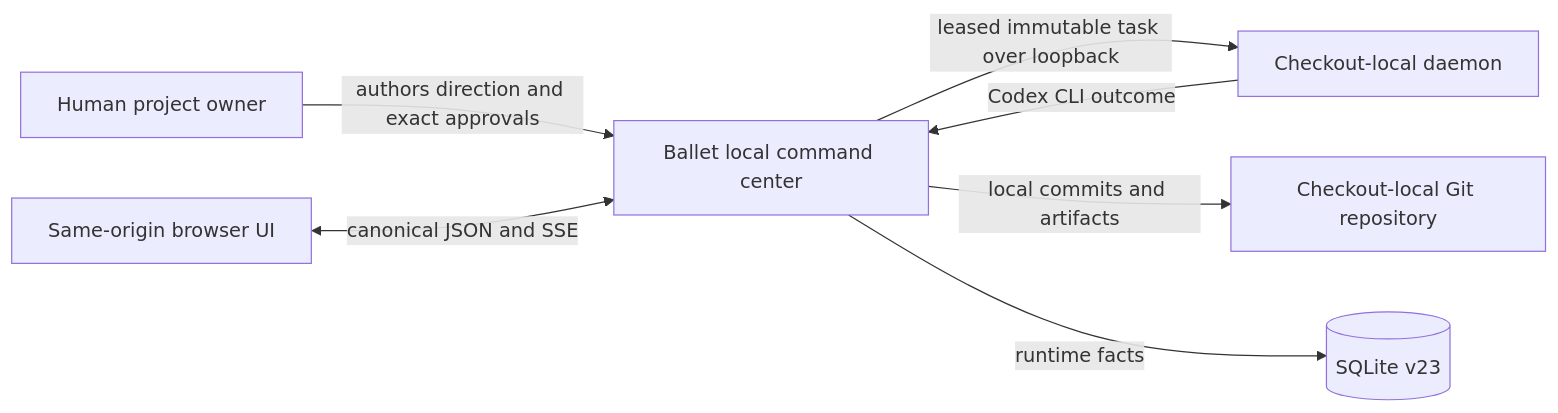
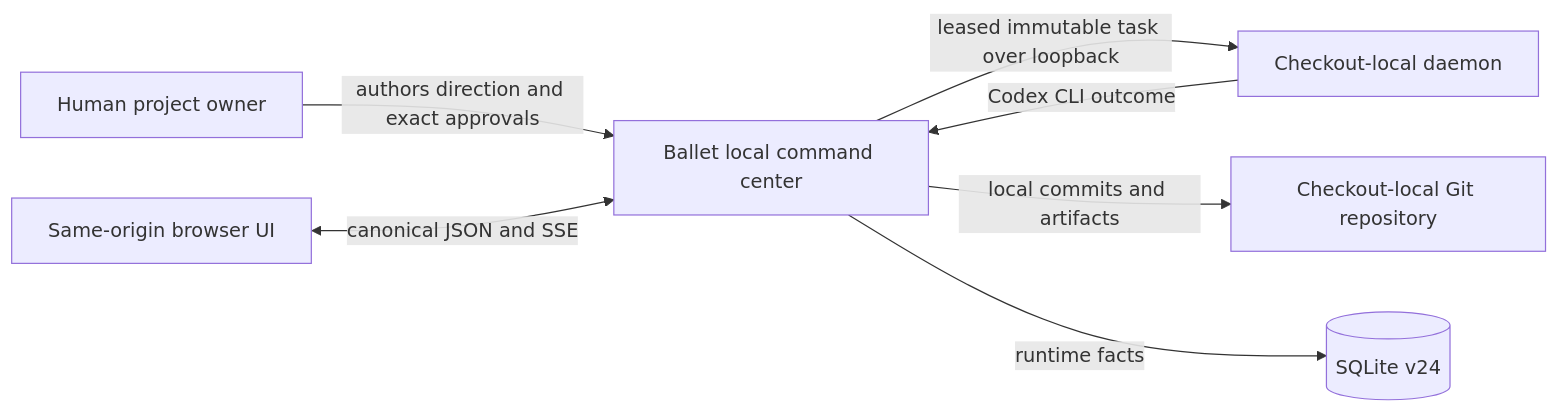
One commit to isinisalo/ballet changed the first of 2 diagrams in ARCHITECTURE.md. Above: the diagram before and after it, drawn with Mermaid. The commit also changed other lines of this file and 238 other files, not shown here.

````diff
--- a/ARCHITECTURE.md
+++ b/ARCHITECTURE.md
@@ -44,9 +44,9 @@
 ```mermaid
 flowchart LR
   Human[Human project owner] -->|authors direction and exact approvals| Ballet[Ballet local command center]
   Ballet -->|leased immutable task over loopback| Daemon[Checkout-local daemon]
   Daemon -->|Codex CLI outcome| Ballet
   Ballet -->|local commits and artifacts| Git[Checkout-local Git repository]
-  Ballet -->|runtime facts| DB[(SQLite v23)]
+  Ballet -->|runtime facts| DB[(SQLite v24)]
   Browser[Same-origin browser UI] <-->|canonical JSON and SSE| Ballet
 ```
````
